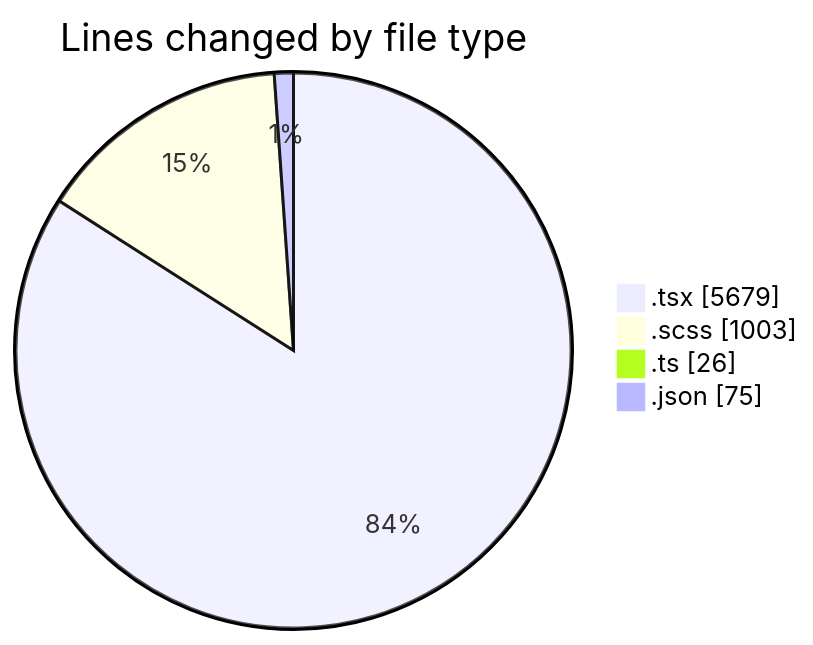
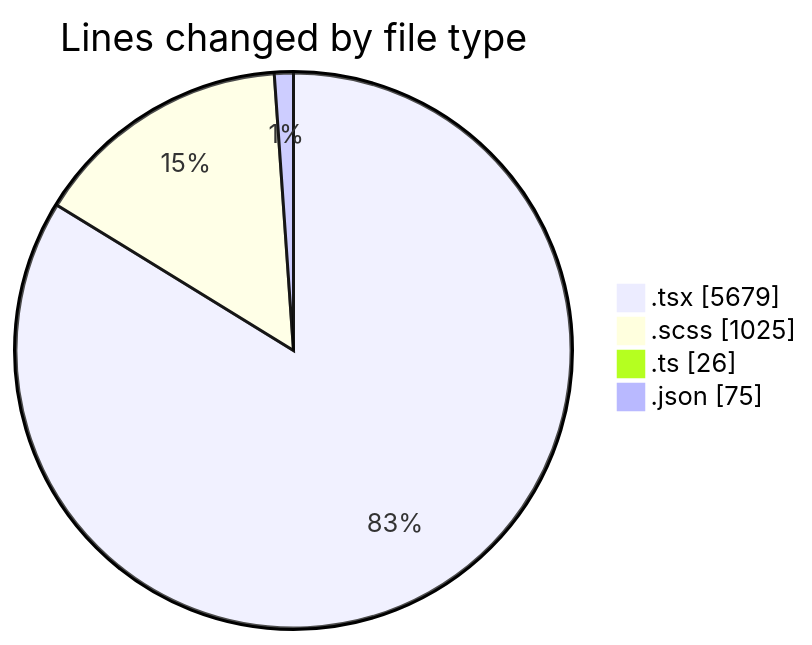
The first of 2 diagrams in 2025-04-09/cda/README.md (momahboobian/code-tracking), drawn with Mermaid before and after one commit. The commit also changed other lines of this file and 1 other file, not shown here.

````diff
--- a/2025-04-09/cda/README.md
+++ b/2025-04-09/cda/README.md
@@ -43,8 +43,8 @@
 ```mermaid
 pie showData
 title Lines changed by file type
 ".tsx" : 5679
-".scss" : 1003
+".scss" : 1025
 ".ts" : 26
 ".json" : 75
 ```
````
